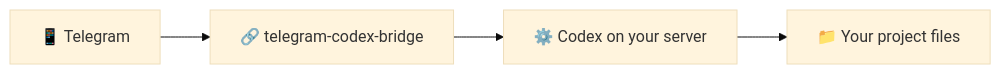
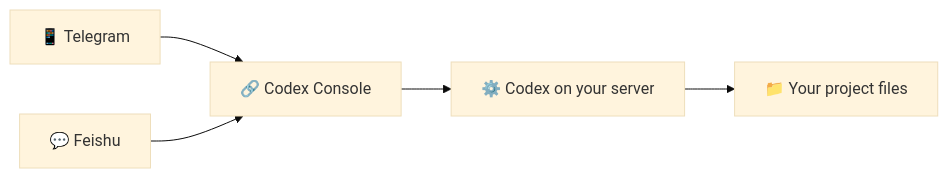
One commit to EdisonNi-hku/telegram-codex-bridge changed the diagram in README.md. Above: the diagram before and after it, drawn with Mermaid (base theme). The commit also changed other lines of this file and 14 other files, not shown here.

Commit message:
docs: define Codex Console capability matrix

````diff
--- a/README.md
+++ b/README.md
@@ -42,6 +44,7 @@
 ```mermaid
 flowchart LR
-  TG["📱 Telegram"] --> BR["🔗 telegram-codex-bridge"]
+  TG["📱 Telegram"] --> BR["🔗 Codex Console"]
+  FS["💬 Feishu"] --> BR
   BR --> CX["⚙️ Codex on your server"]
   CX --> PRJ["📁 Your project files"]
 ```
````
